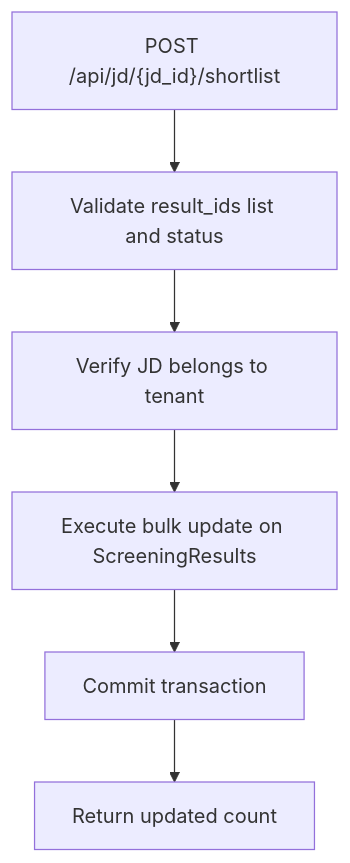
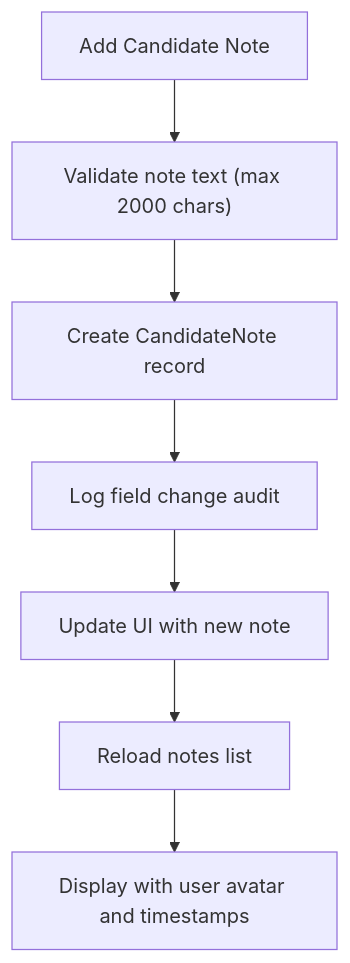
One commit to Revanththetalogics/aireume changed the fourth of 22 diagrams in .qoder/repowiki/en/content/Candidate Management/Candidate Management.md. Above: the diagram before and after it, drawn with Mermaid. The commit also changed other lines of this file and 14 other files, not shown here.

````diff
--- a/.qoder/repowiki/en/content/Candidate Management/Candidate Management.md
+++ b/.qoder/repowiki/en/content/Candidate Management/Candidate Management.md
@@ -290,8 +285,9 @@
 ```mermaid
 flowchart TD
-StartBulk["POST /api/jd/{jd_id}/shortlist"] --> ValidatePayload["Validate result_ids list and status"]
-ValidatePayload --> CheckJD["Verify JD belongs to tenant"]
-CheckJD --> BulkUpdate["Execute bulk update on ScreeningResults"]
-BulkUpdate --> CommitDB["Commit transaction"]
-CommitDB --> ReturnResponse["Return updated count"]
+StartNote["Add Candidate Note"] --> ValidateInput["Validate note text (max 2000 chars)"]
+ValidateInput --> CreateNote["Create CandidateNote record"]
+CreateNote --> LogAudit["Log field change audit"]
+LogAudit --> UpdateUI["Update UI with new note"]
+UpdateUI --> LoadNotes["Reload notes list"]
+LoadNotes --> DisplayNotes["Display with user avatar and timestamps"]
 ```
````
